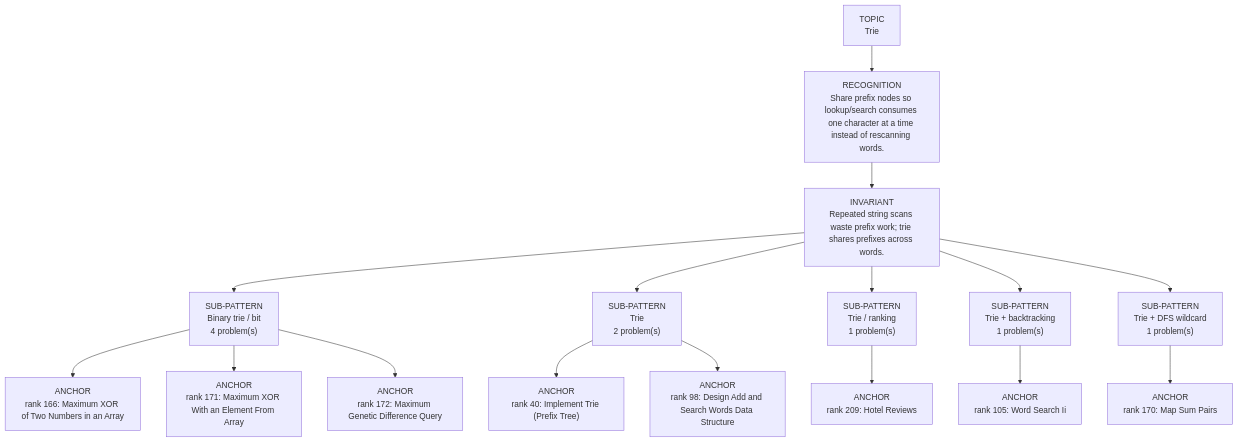
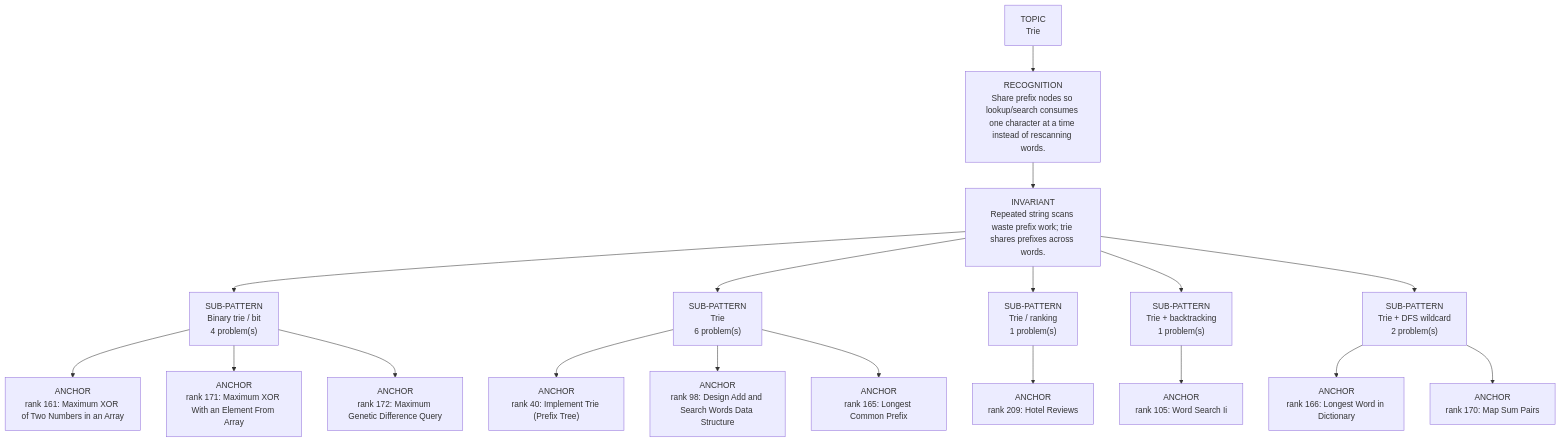
One commit to thechiranjeevjain/DSA10days changed the diagram in dsa-review/interview/patterns/17_trie.md. Above: the diagram before and after it, drawn with Mermaid. The commit also changed other lines of this file and 28 other files, not shown here.

````diff
--- a/dsa-review/interview/patterns/17_trie.md
+++ b/dsa-review/interview/patterns/17_trie.md
@@ -15,20 +15,22 @@
 ```mermaid
 flowchart TD
   Topic["TOPIC<br/>Trie"]
   Recognition["RECOGNITION<br/>Share prefix nodes so lookup/search consumes one character at a time instead of rescanning words."]
   Invariant["INVARIANT<br/>Repeated string scans waste prefix work; trie shares prefixes across words."]
   Topic --> Recognition --> Invariant
   Invariant --> Sub01["SUB-PATTERN<br/>Binary trie / bit<br/>4 problem(s)"]
-  Sub01 --> Sub01A01["ANCHOR<br/>rank 166: Maximum XOR of Two Numbers in an Array"]
+  Sub01 --> Sub01A01["ANCHOR<br/>rank 161: Maximum XOR of Two Numbers in an Array"]
   Sub01 --> Sub01A02["ANCHOR<br/>rank 171: Maximum XOR With an Element From Array"]
   Sub01 --> Sub01A03["ANCHOR<br/>rank 172: Maximum Genetic Difference Query"]
-  Invariant --> Sub02["SUB-PATTERN<br/>Trie<br/>2 problem(s)"]
+  Invariant --> Sub02["SUB-PATTERN<br/>Trie<br/>6 problem(s)"]
   Sub02 --> Sub02A01["ANCHOR<br/>rank 40: Implement Trie (Prefix Tree)"]
   Sub02 --> Sub02A02["ANCHOR<br/>rank 98: Design Add and Search Words Data Structure"]
+  Sub02 --> Sub02A03["ANCHOR<br/>rank 165: Longest Common Prefix"]
   Invariant --> Sub03["SUB-PATTERN<br/>Trie / ranking<br/>1 problem(s)"]
   Sub03 --> Sub03A01["ANCHOR<br/>rank 209: Hotel Reviews"]
   Invariant --> Sub04["SUB-PATTERN<br/>Trie + backtracking<br/>1 problem(s)"]
   Sub04 --> Sub04A01["ANCHOR<br/>rank 105: Word Search Ii"]
-  Invariant --> Sub05["SUB-PATTERN<br/>Trie + DFS wildcard<br/>1 problem(s)"]
-  Sub05 --> Sub05A01["ANCHOR<br/>rank 170: Map Sum Pairs"]
+  Invariant --> Sub05["SUB-PATTERN<br/>Trie + DFS wildcard<br/>2 problem(s)"]
+  Sub05 --> Sub05A01["ANCHOR<br/>rank 166: Longest Word in Dictionary"]
+  Sub05 --> Sub05A02["ANCHOR<br/>rank 170: Map Sum Pairs"]
 ```
````
